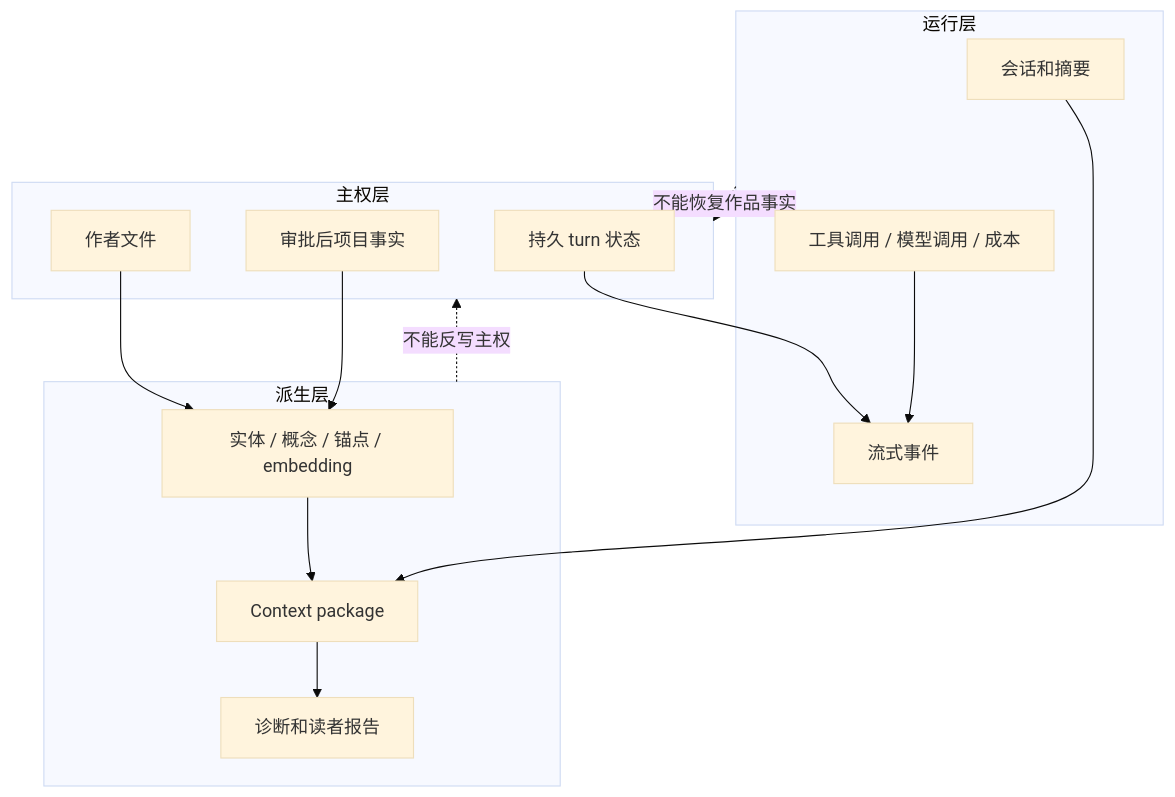
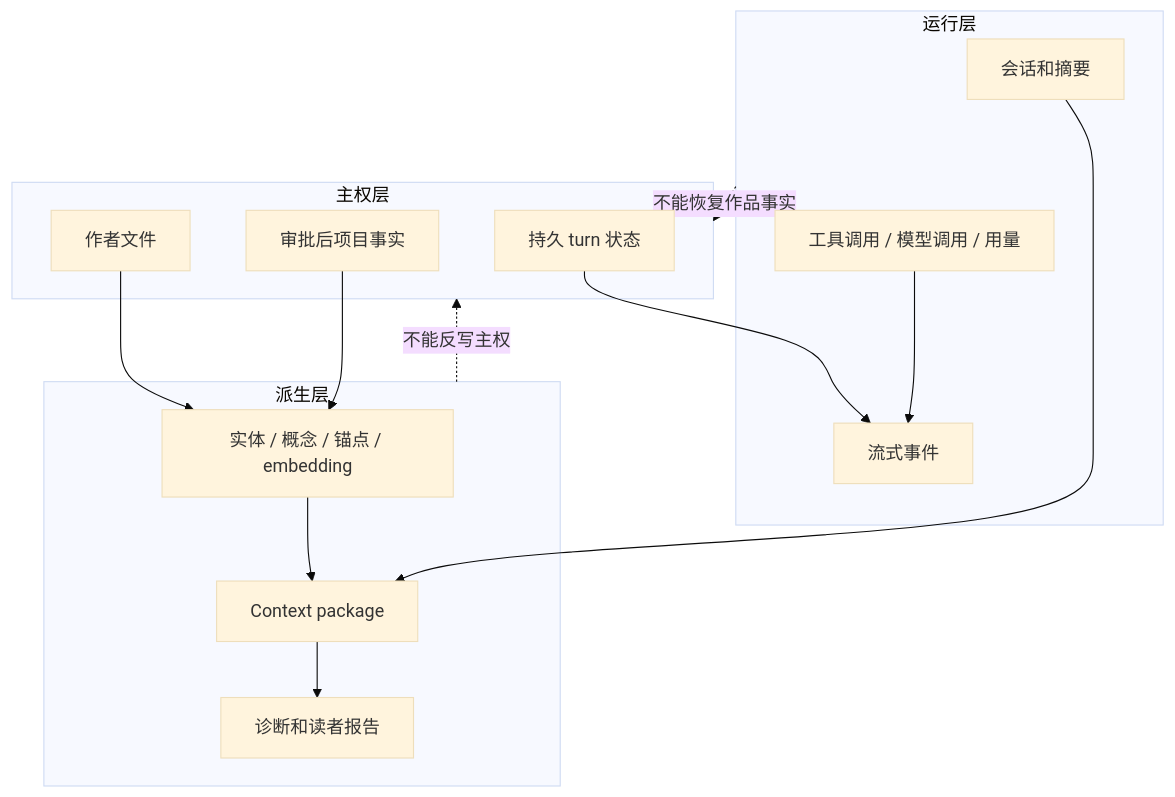
The third of 3 diagrams in spec/S00-system-contract.md (jinhuang712/open-novel), drawn with Mermaid (base theme) before and after one commit. The commit also changed 30 other files, not shown here.

````diff
--- a/spec/S00-system-contract.md
+++ b/spec/S00-system-contract.md
@@ -85,30 +85,30 @@
 ```mermaid
 flowchart TB
   subgraph Sovereign[主权层]
     Files[作者文件]
     Approved[审批后项目事实]
     TurnState[持久 turn 状态]
   end
 
   subgraph Derived[派生层]
     KG[实体 / 概念 / 锚点 / embedding]
     Context[Context package]
     Reports[诊断和读者报告]
   end
 
   subgraph Runtime[运行层]
     Threads[会话和摘要]
-    Trace[工具调用 / 模型调用 / 成本]
+    Trace[工具调用 / 模型调用 / 用量]
     UIEvents[流式事件]
   end
 
   Files --> KG
   Approved --> KG
   KG --> Context
   Threads --> Context
   Context --> Reports
   TurnState --> UIEvents
   Trace --> UIEvents
   Derived -.不能反写主权.-> Sovereign
   Runtime -.不能恢复作品事实.-> Sovereign
 ```
````
